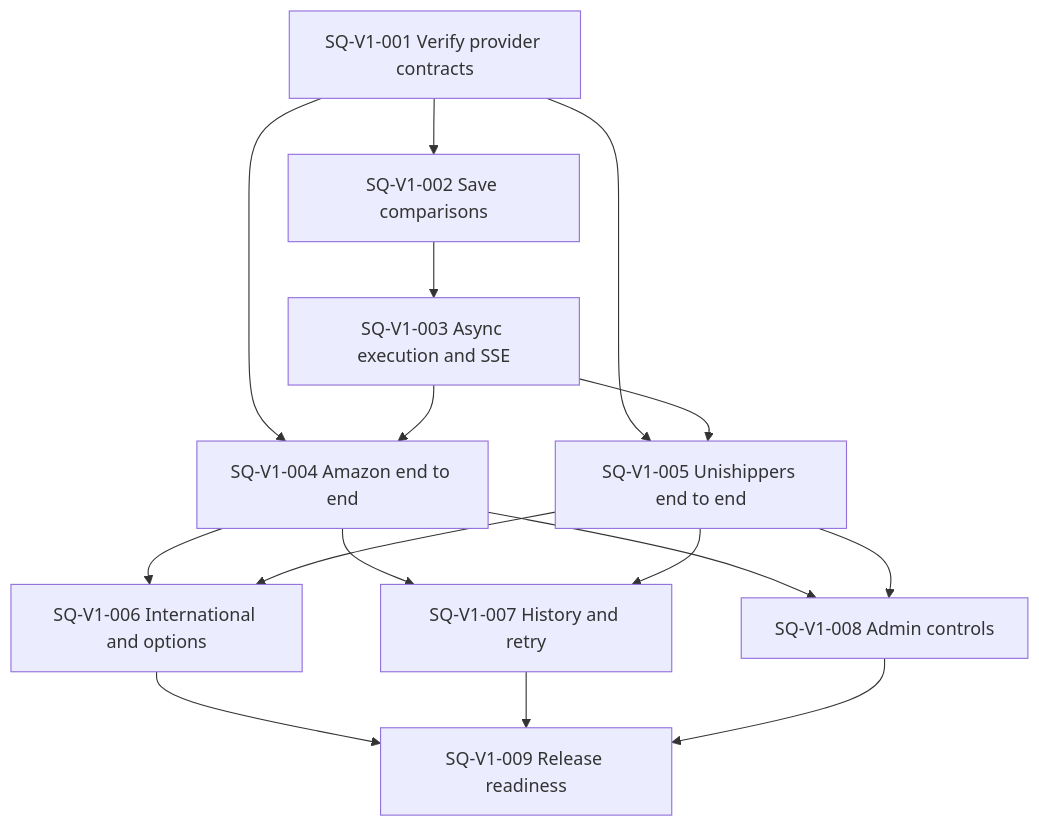
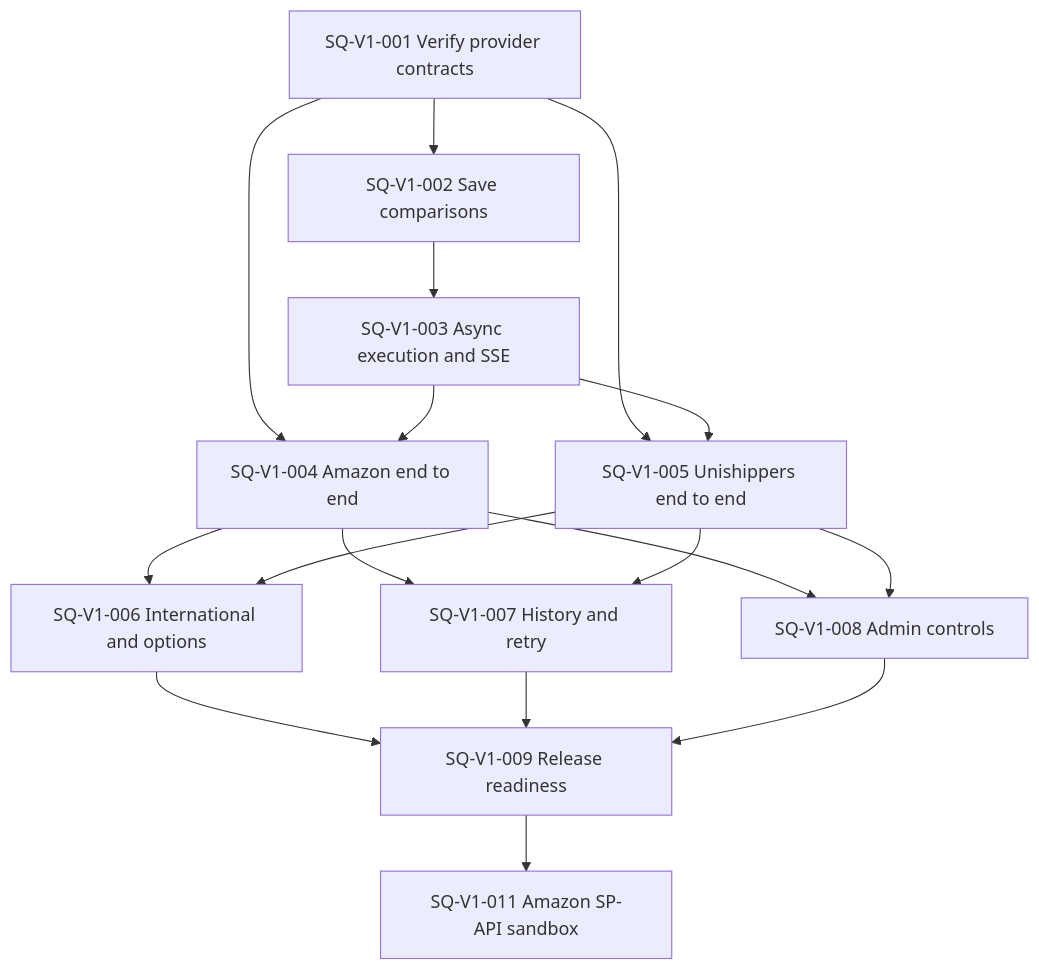
One commit to jeffrey125/grd-dashboard-be changed the diagram in docs/v1/tickets/shipping-quotes/README.md. Above: the diagram before and after it, drawn with Mermaid. The commit also changed other lines of this file and 72 other files, not shown here.

Commit message:
feat(shipping-quotes): SQ-V1-011 use Amazon Shipping sandbox API

````diff
--- a/docs/v1/tickets/shipping-quotes/README.md
+++ b/docs/v1/tickets/shipping-quotes/README.md
@@ -10,18 +10,19 @@
 ```mermaid
 flowchart TD
     SQ001[SQ-V1-001 Verify provider contracts] --> SQ002[SQ-V1-002 Save comparisons]
     SQ002 --> SQ003[SQ-V1-003 Async execution and SSE]
     SQ001 --> SQ004[SQ-V1-004 Amazon end to end]
     SQ003 --> SQ004
     SQ001 --> SQ005[SQ-V1-005 Unishippers end to end]
     SQ003 --> SQ005
     SQ004 --> SQ006[SQ-V1-006 International and options]
     SQ005 --> SQ006
     SQ004 --> SQ007[SQ-V1-007 History and retry]
     SQ005 --> SQ007
     SQ004 --> SQ008[SQ-V1-008 Admin controls]
     SQ005 --> SQ008
     SQ006 --> SQ009[SQ-V1-009 Release readiness]
     SQ007 --> SQ009
     SQ008 --> SQ009
+    SQ009 --> SQ011[SQ-V1-011 Amazon SP-API sandbox]
 ```
````
